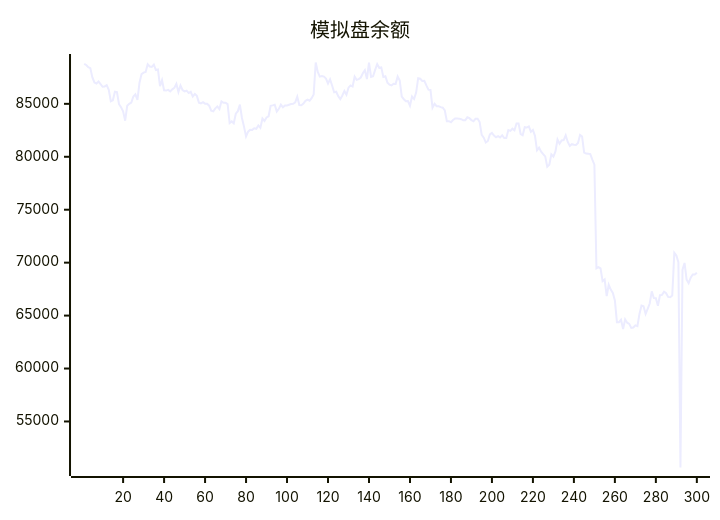
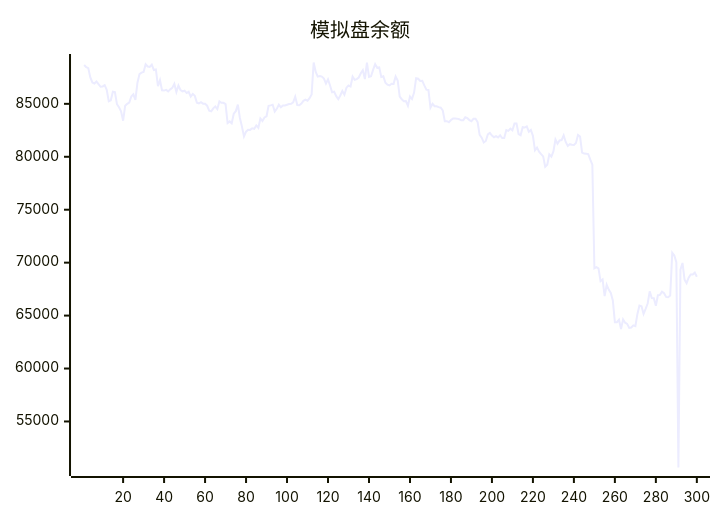
One commit to aahl/ai-trading changed the diagram in README.md. Above: the diagram before and after it, drawn with Mermaid. The commit also changed other lines of this file and 1 other file, not shown here.

````diff
--- a/README.md
+++ b/README.md
@@ -5,5 +5,5 @@
 ```mermaid
 xychart
     title "模拟盘余额"
-    line [88781,88668,88467,88372,87493,87018,86917,87102,86870,86613,86644,86758,86317,85242,85334,86149,86106,84968,84671,84302,83410,84816,85001,85127,85693,85891,85384,87001,87811,87945,88007,88734,88528,88495,88705,88189,88248,86662,87234,86279,86251,86314,86177,86364,86503,86886,86114,86731,86310,86176,86240,86017,86136,85685,85938,85749,85111,85044,85164,85016,85008,84824,84354,84287,84572,84745,84500,85234,85096,85095,84970,83180,83338,83157,84070,84309,84922,83667,82850,81924,82369,82552,82539,82695,82648,82962,82728,83619,83378,83710,83825,84819,84854,84917,84265,84527,84919,84668,84834,84850,84916,84981,85004,85131,85674,84891,84864,85019,85284,85393,85294,85538,85894,88904,88012,87567,87625,87568,87386,86920,87313,86737,86094,86143,85725,85437,85787,86219,85859,86526,86740,86630,87563,87264,87335,87483,87886,88180,87335,88894,87544,87608,88207,88755,88401,88444,87543,87608,87000,86810,86740,86894,86884,87576,87209,85686,85435,85251,85255,84820,85689,85453,86066,87420,87373,87161,87178,86740,86341,86315,84643,85012,84772,84768,84690,84635,84376,83360,83357,83259,83474,83608,83606,83602,83548,83440,83454,83724,83644,83464,83365,83590,83592,83275,82072,81806,81344,81492,82109,82254,82006,81848,81955,81829,82022,81769,81776,82522,82441,82656,82498,83144,83144,82150,82038,82797,82763,82872,82367,82536,81981,80612,80862,80484,80242,80034,79063,79245,80226,80016,80507,81625,81233,81544,81578,82016,81401,81019,81186,81130,81118,81306,82066,81909,80392,80304,80291,80258,79729,79261,69466,69579,69456,68251,68415,66832,67911,67462,67144,66432,64380,64375,64606,63740,64647,64324,64216,63842,63877,64078,64008,65156,65945,65888,65157,65625,66144,67284,66653,66639,65924,66925,66956,67263,67108,66766,66729,66886,70927,70673,70049,50652,69334,69973,68400,68061,68578,68876,68879,69055]
+    line [88668,88467,88372,87493,87018,86917,87102,86870,86613,86644,86758,86317,85242,85334,86149,86106,84968,84671,84302,83410,84816,85001,85127,85693,85891,85384,87001,87811,87945,88007,88734,88528,88495,88705,88189,88248,86662,87234,86279,86251,86314,86177,86364,86503,86886,86114,86731,86310,86176,86240,86017,86136,85685,85938,85749,85111,85044,85164,85016,85008,84824,84354,84287,84572,84745,84500,85234,85096,85095,84970,83180,83338,83157,84070,84309,84922,83667,82850,81924,82369,82552,82539,82695,82648,82962,82728,83619,83378,83710,83825,84819,84854,84917,84265,84527,84919,84668,84834,84850,84916,84981,85004,85131,85674,84891,84864,85019,85284,85393,85294,85538,85894,88904,88012,87567,87625,87568,87386,86920,87313,86737,86094,86143,85725,85437,85787,86219,85859,86526,86740,86630,87563,87264,87335,87483,87886,88180,87335,88894,87544,87608,88207,88755,88401,88444,87543,87608,87000,86810,86740,86894,86884,87576,87209,85686,85435,85251,85255,84820,85689,85453,86066,87420,87373,87161,87178,86740,86341,86315,84643,85012,84772,84768,84690,84635,84376,83360,83357,83259,83474,83608,83606,83602,83548,83440,83454,83724,83644,83464,83365,83590,83592,83275,82072,81806,81344,81492,82109,82254,82006,81848,81955,81829,82022,81769,81776,82522,82441,82656,82498,83144,83144,82150,82038,82797,82763,82872,82367,82536,81981,80612,80862,80484,80242,80034,79063,79245,80226,80016,80507,81625,81233,81544,81578,82016,81401,81019,81186,81130,81118,81306,82066,81909,80392,80304,80291,80258,79729,79261,69466,69579,69456,68251,68415,66832,67911,67462,67144,66432,64380,64375,64606,63740,64647,64324,64216,63842,63877,64078,64008,65156,65945,65888,65157,65625,66144,67284,66653,66639,65924,66925,66956,67263,67108,66766,66729,66886,70927,70673,70049,50652,69334,69973,68400,68061,68578,68876,68879,69055,68662]
 ```
````
